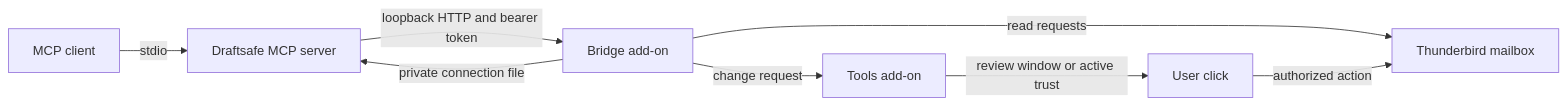
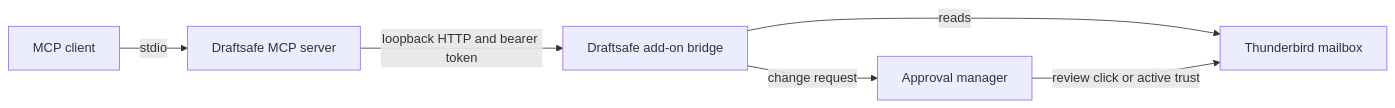
The diagram in README.md (MoorsArthur/draftsafe), drawn with Mermaid before and after one commit. The commit also changed other lines of this file and 49 other files, not shown here.

First line of the commit message:
Draftsafe 0.5: single add-on, reliable bridge, reviewed compose (#1)

````diff
--- a/README.md
+++ b/README.md
@@ -30,10 +19,8 @@
 ```mermaid
 flowchart LR
-  C[MCP client] -- stdio --> M[Draftsafe MCP server]
-  M -- loopback HTTP and bearer token --> B[Bridge add-on]
-  B -- read requests --> T[Thunderbird mailbox]
-  B -- change request --> A[Tools add-on]
-  A -- review window or active trust --> U[User click]
-  U -- authorized action --> T
-  B -- private connection file --> M
+  C[MCP client] -->|stdio| M[Draftsafe MCP server]
+  M -->|loopback HTTP and bearer token| B[Draftsafe add-on bridge]
+  B -->|reads| T[Thunderbird mailbox]
+  B -->|change request| A[Approval manager]
+  A -->|review click or active trust| T
 ```
````
